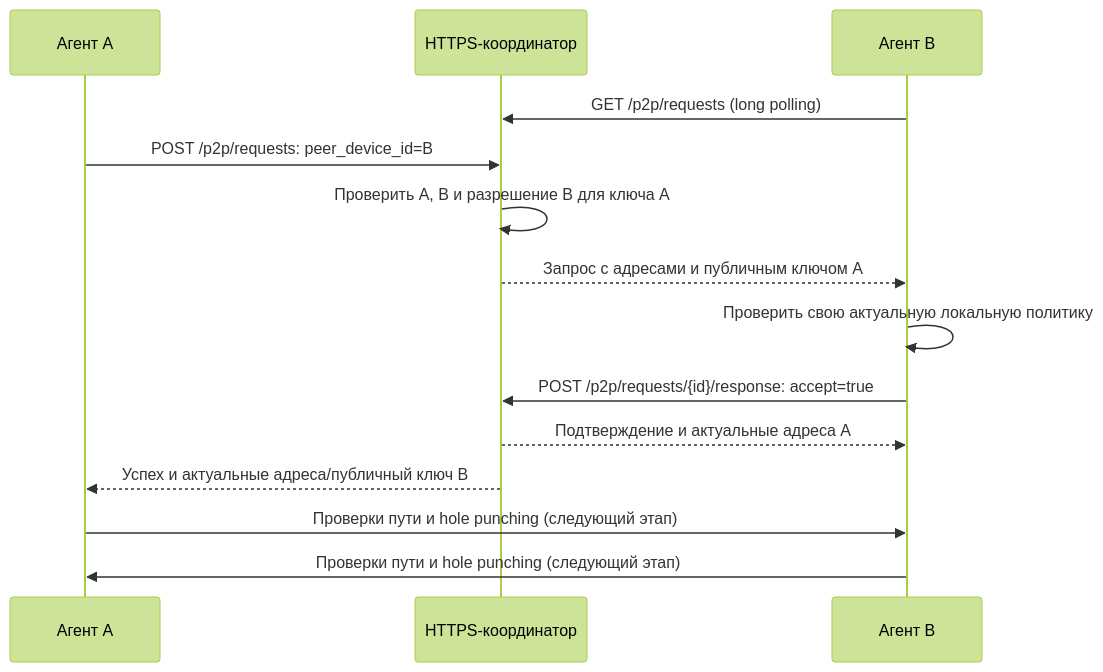
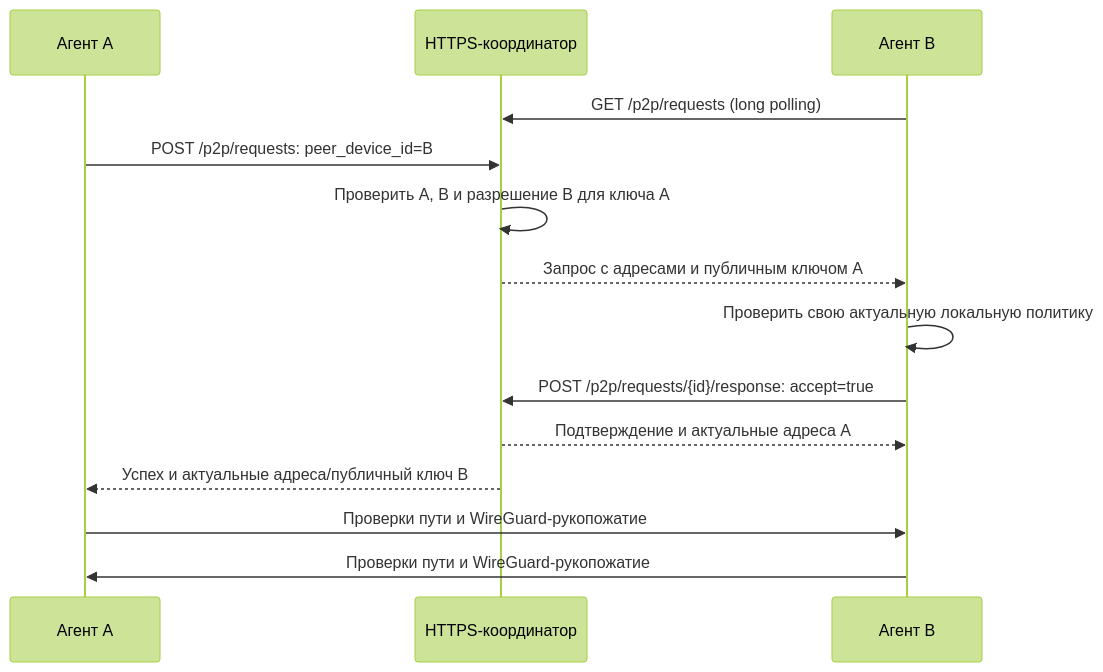
One commit to Dyehalla/portal changed the diagram in docs/COORDINATOR.md. Above: the diagram before and after it, drawn with Mermaid (forest theme). The commit also changed other lines of this file and 64 other files, not shown here.

````diff
--- a/docs/COORDINATOR.md
+++ b/docs/COORDINATOR.md
@@ -216,16 +327,16 @@
 ```mermaid
 sequenceDiagram
     participant A as Агент A
     participant C as HTTPS-координатор
     participant B as Агент B
     B->>C: GET /p2p/requests (long polling)
     A->>C: POST /p2p/requests: peer_device_id=B
     C->>C: Проверить A, B и разрешение B для ключа A
     C-->>B: Запрос с адресами и публичным ключом A
     B->>B: Проверить свою актуальную локальную политику
     B->>C: POST /p2p/requests/{id}/response: accept=true
     C-->>B: Подтверждение и актуальные адреса A
     C-->>A: Успех и актуальные адреса/публичный ключ B
-    A->>B: Проверки пути и hole punching (следующий этап)
-    B->>A: Проверки пути и hole punching (следующий этап)
+    A->>B: Проверки пути и WireGuard-рукопожатие
+    B->>A: Проверки пути и WireGuard-рукопожатие
 ```
````
